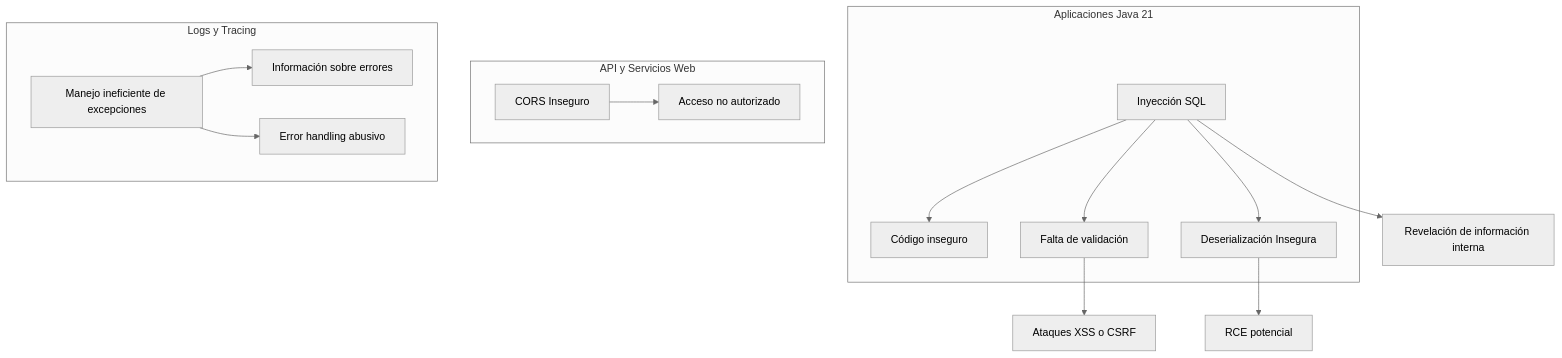
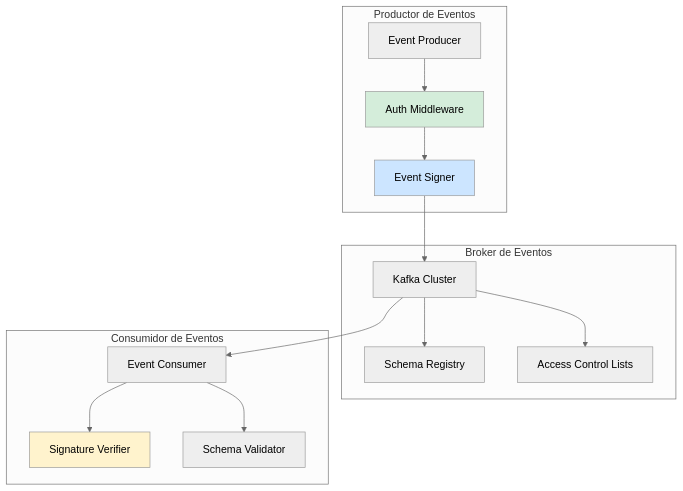
The first of 3 diagrams in _Review/seguridad_en_event_driven_systems/seguridad_en_event_driven_systems.md (Joaquinriosheredia/DAM-Java-Mastery), drawn with Mermaid (neutral theme) before and after one commit. The commit also changed other lines of this file, not shown here.

Commit message:
seguridad en event driven systems

````diff
--- a/_Review/seguridad_en_event_driven_systems/seguridad_en_event_driven_systems.md
+++ b/_Review/seguridad_en_event_driven_systems/seguridad_en_event_driven_systems.md
@@ -482,21 +69,33 @@
 ```mermaid
 graph TD
-    subgraph Aplicaciones Java 21
-        A[Inyección SQL] --> B[Código inseguro]
-        A --> C[Falta de validación]
-        A --> D[Deserialización Insegura]
+    subgraph "Productor de Eventos"
+        PROD[Event Producer]
+        AUTH[Auth Middleware]
+        SIGN[Event Signer]
     end
     
-    subgraph API y Servicios Web
-        E[CORS Inseguro] --> F[Acceso no autorizado]
+    subgraph "Broker de Eventos"
+        KAFKA[Kafka Cluster]
+        SCHEMA[Schema Registry]
+        ACL[Access Control Lists]
     end
     
-    subgraph Logs y Tracing
-        G[Manejo ineficiente de excepciones] --> H[Información sobre errores]
-        G --> I[Error handling abusivo]
+    subgraph "Consumidor de Eventos"
+        CONS[Event Consumer]
+        VERIFY[Signature Verifier]
+        VALID[Schema Validator]
     end
     
-    A --> J[Revelación de información interna]
-    C --> K[Ataques XSS o CSRF]
-    D --> L[RCE potencial]
+    PROD --> AUTH
+    AUTH --> SIGN
+    SIGN --> KAFKA
+    KAFKA --> SCHEMA
+    KAFKA --> ACL
+    KAFKA --> CONS
+    CONS --> VERIFY
+    CONS --> VALID
+    
+    style AUTH fill:#d4edda
+    style SIGN fill:#cce5ff
+    style VERIFY fill:#fff3cd
 ```
````
